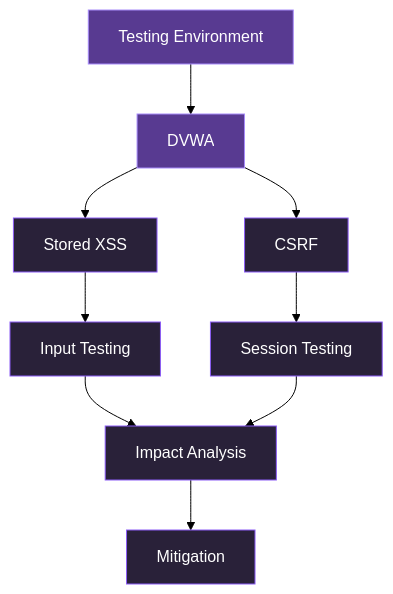
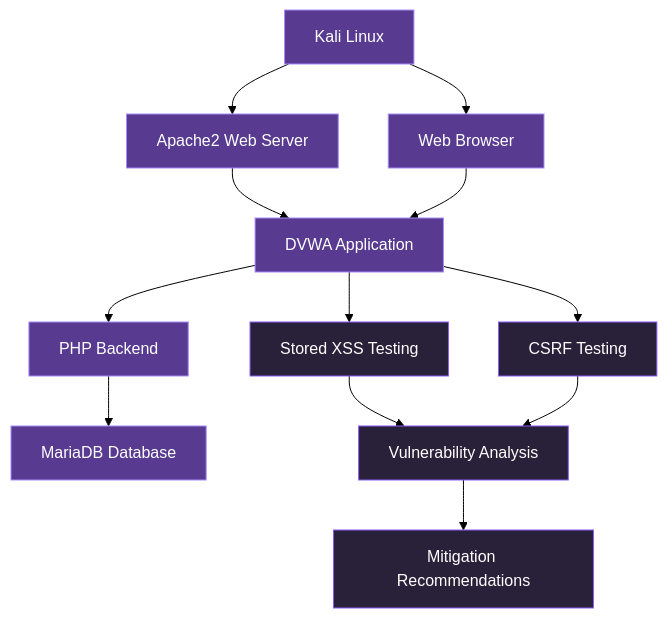
One commit to rosinss/dvwa-web-penetration-testing changed the first of 2 diagrams in README.md. Above: the diagram before and after it, drawn with Mermaid (forest theme). The commit also changed other lines of this file, not shown here.

Commit message:
Enhance DVWA documentation with practical vulnerability testing evidence

````diff
--- a/README.md
+++ b/README.md
@@ -33,17 +51,20 @@
 ```mermaid
 graph TD
-    A["Testing Environment"] --> B["DVWA"]
-    B --> C["Stored XSS"]
-    B --> D["CSRF"]
-    C --> E["Input Testing"]
-    D --> F["Session Testing"]
-    E --> G["Impact Analysis"]
-    F --> G
-    G --> H["Mitigation"]
+    A["Kali Linux"] --> B["Web Browser"]
+    A --> C["Apache2 Web Server"]
+    C --> D["DVWA Application"]
+    D --> E["PHP Backend"]
+    E --> F["MariaDB Database"]
+    B --> D
+    D --> G["Stored XSS Testing"]
+    D --> H["CSRF Testing"]
+    G --> I["Vulnerability Analysis"]
+    H --> I
+    I --> J["Mitigation Recommendations"]
 
     classDef main fill:#583A91,stroke:#A78BFA,color:#FFFFFF
     classDef lab fill:#292139,stroke:#8B5CF6,color:#FFFFFF
 
-    class A,B main
-    class C,D,E,F,G,H lab
+    class A,B,C,D,E,F main
+    class G,H,I,J lab
 ```
````
